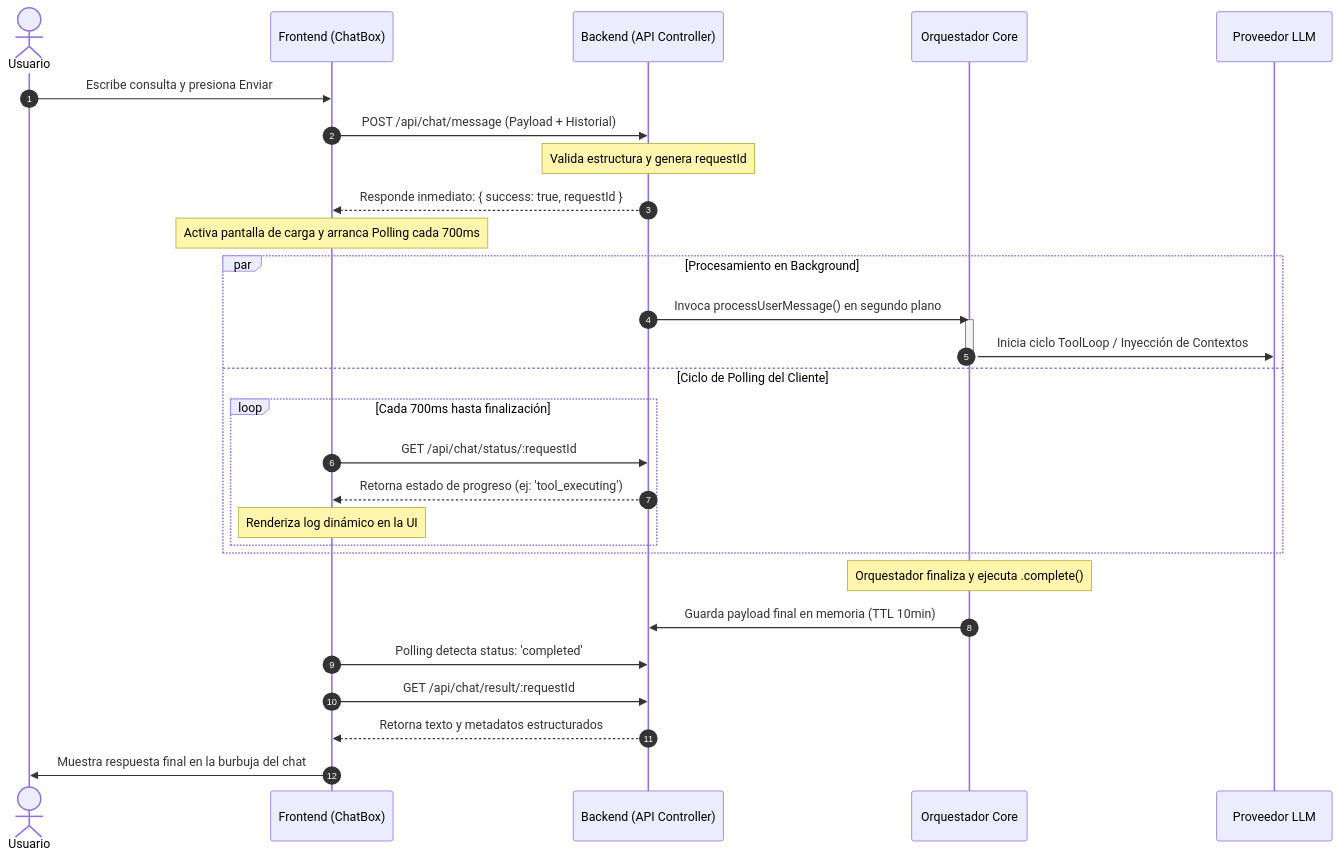
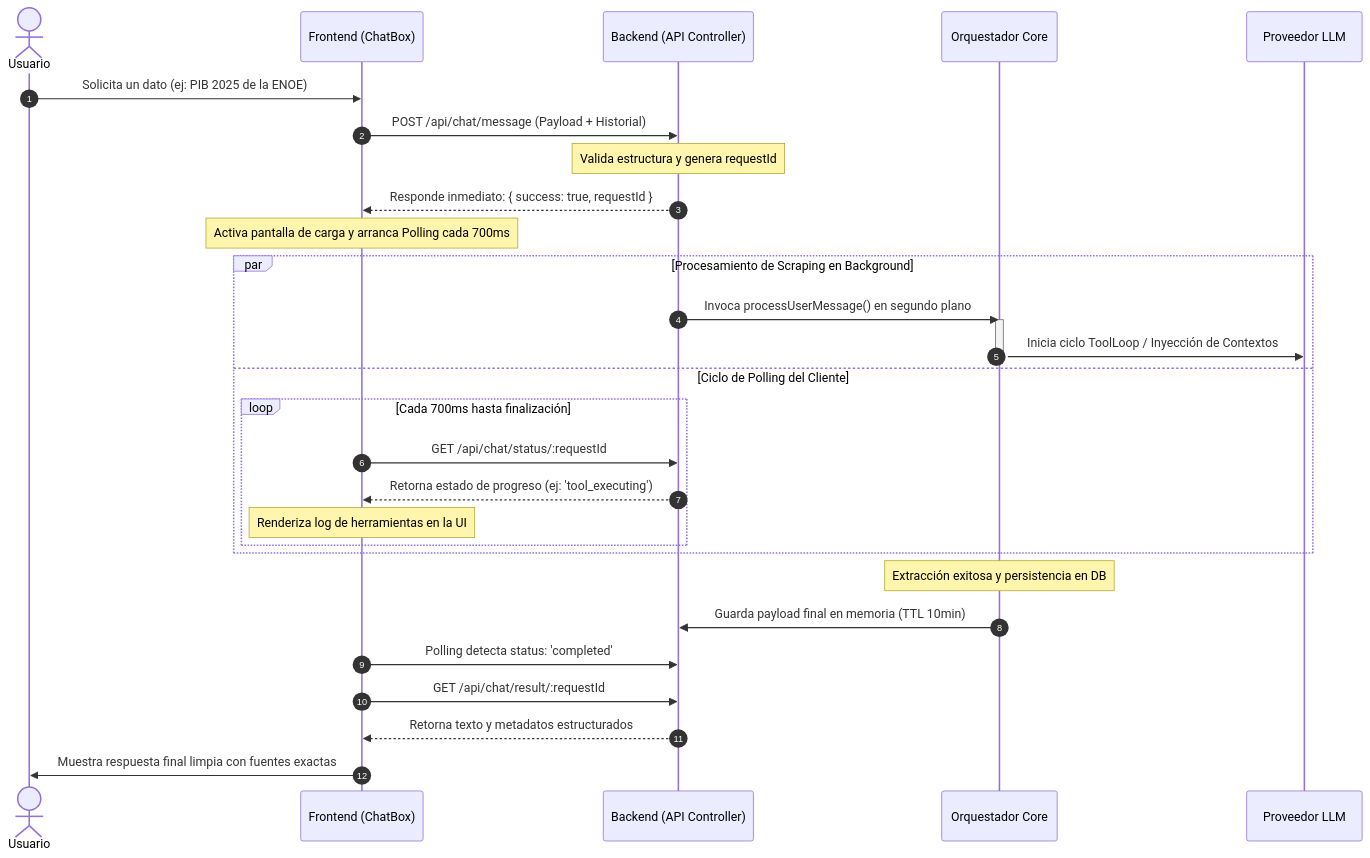
The second of 3 diagrams in README.md (Zastha/MCP-Web-Deployment), drawn with Mermaid before and after one commit. The commit also changed other lines of this file and 1 other file, not shown here.

````diff
--- a/README.md
+++ b/README.md
@@ -72,35 +51,35 @@
 ```mermaid
 sequenceDiagram
     autonumber
     actor Usuario
     participant FE as Frontend (ChatBox)
     participant BE as Backend (API Controller)
     participant ORQ as Orquestador Core
     participant LLM as Proveedor LLM
 
-    Usuario->>FE: Escribe consulta y presiona Enviar
+    Usuario->>FE: Solicita un dato (ej: PIB 2025 de la ENOE)
     FE->>BE: POST /api/chat/message (Payload + Historial)
     Note over BE: Valida estructura y genera requestId
     BE-->>FE: Responde inmediato: { success: true, requestId }
     Note over FE: Activa pantalla de carga y arranca Polling cada 700ms
 
-    par Procesamiento en Background
+    par Procesamiento de Scraping en Background
         BE->>ORQ: Invoca processUserMessage() en segundo plano
         activate ORQ
         ORQ->>LLM: Inicia ciclo ToolLoop / Inyección de Contextos
         deactivate ORQ
     and Ciclo de Polling del Cliente
         loop Cada 700ms hasta finalización
             FE->>BE: GET /api/chat/status/:requestId
             BE-->>FE: Retorna estado de progreso (ej: 'tool_executing')
-            Note over FE: Renderiza log dinámico en la UI
+            Note over FE: Renderiza log de herramientas en la UI
         end
     end
 
-    Note over ORQ: Orquestador finaliza y ejecuta .complete()
+    Note over ORQ: Extracción exitosa y persistencia en DB
     ORQ->>BE: Guarda payload final en memoria (TTL 10min)
     FE->>BE: Polling detecta status: 'completed'
     FE->>BE: GET /api/chat/result/:requestId
     BE-->>FE: Retorna texto y metadatos estructurados
-    FE->>Usuario: Muestra respuesta final en la burbuja del chat
+    FE->>Usuario: Muestra respuesta final limpia con fuentes exactas
 ```
````
